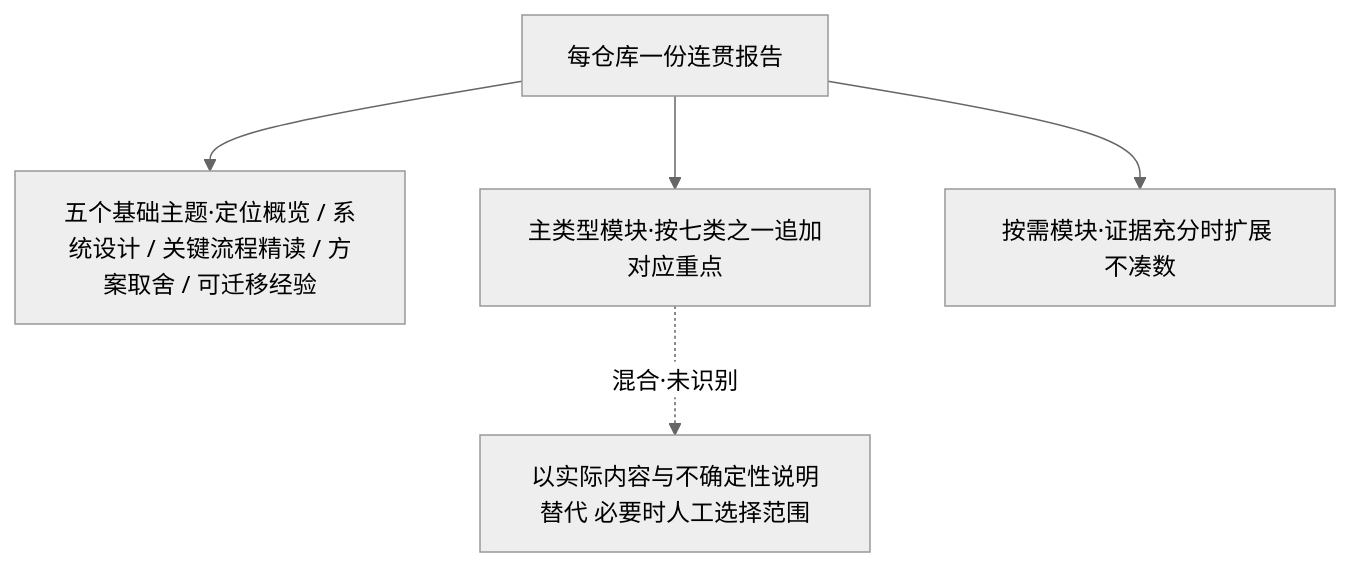
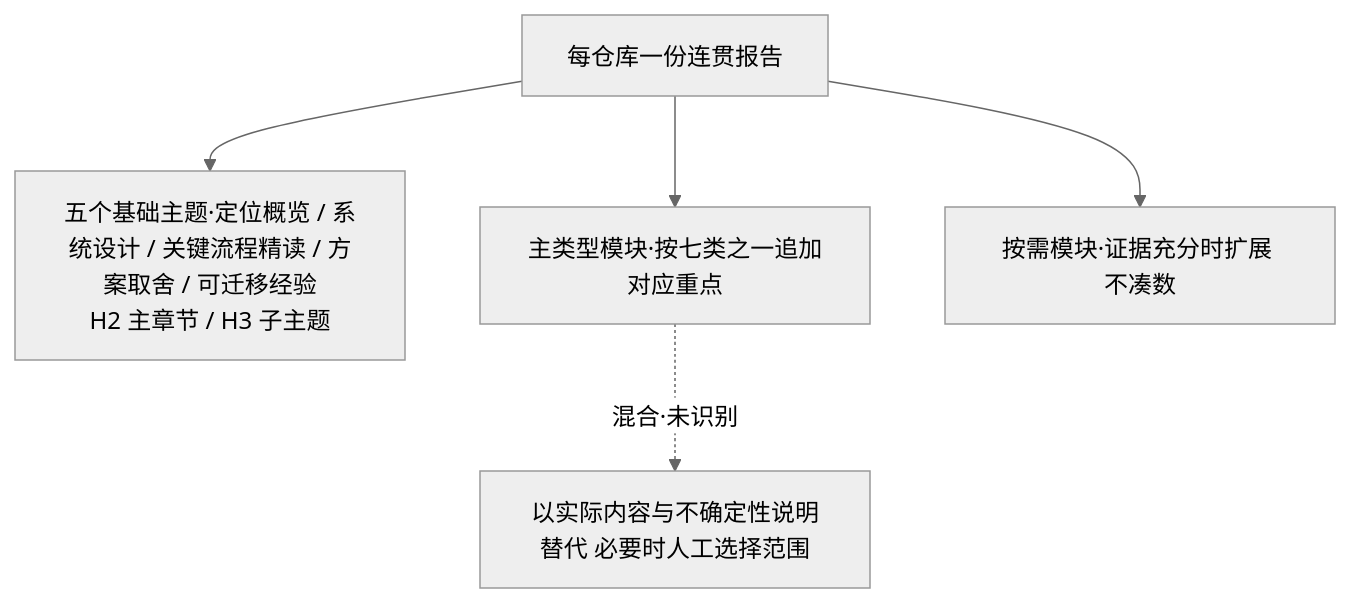
Before and after one commit to int2t05/StarDissect: the third of 3 diagrams in docs/PRD.md, drawn with Mermaid (neutral theme). The commit also changed 5 other files, not shown here.

````diff
--- a/docs/PRD.md
+++ b/docs/PRD.md
@@ -70,7 +70,7 @@
 ```mermaid
 flowchart TB
-  R[每仓库一份连贯报告] --> B[五个基础主题·定位概览 / 系统设计 / 关键流程精读 / 方案取舍 / 可迁移经验]
+  R[每仓库一份连贯报告] --> B[五个基础主题·定位概览 / 系统设计 / 关键流程精读 / 方案取舍 / 可迁移经验<br/>H2 主章节 / H3 子主题]
   R --> T[主类型模块·按七类之一追加对应重点]
   R --> E[按需模块·证据充分时扩展 不凑数]
   T -.->|混合·未识别| U[以实际内容与不确定性说明替代 必要时人工选择范围]
 ```
````
